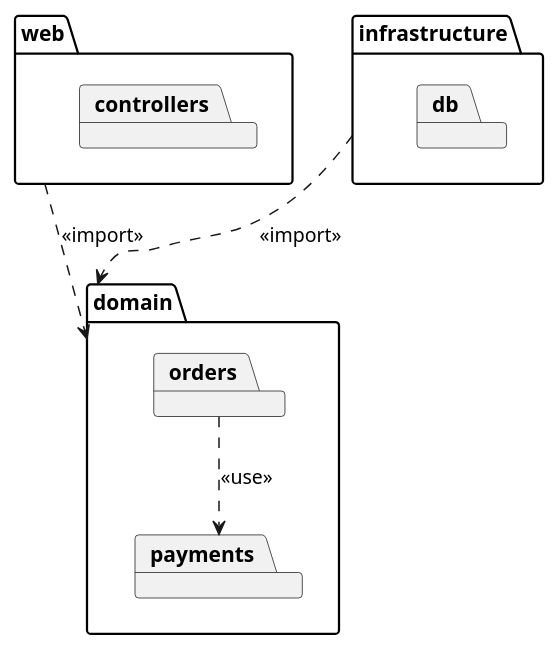
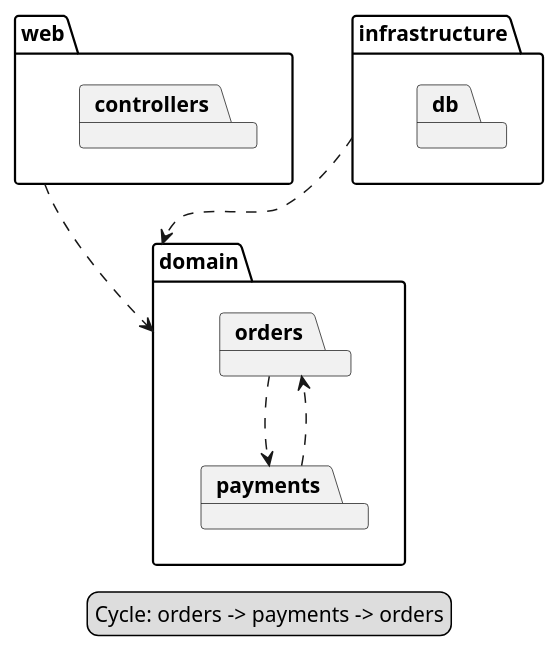
One commit to bosi-programming/skills changed the diagram in skills/uml/references/package.md. Above: the diagram before and after it, drawn with PlantUML. The commit also changed other lines of this file and 4 other files, not shown here.

First line of the commit message:
docs: set a budget and a check for uml diagrams

````diff
--- a/skills/uml/references/package.md
+++ b/skills/uml/references/package.md
@@ -8,17 +8,21 @@
 ```plantuml
 @startuml
 package "web" as Web {
   package "controllers"
 }
 package "domain" as Domain {
   package "orders"
   package "payments"
 }
 package "infrastructure" as Infra {
   package "db"
 }
-Web ..> Domain : <<import>>
-Infra ..> Domain : <<import>>
-orders ..> payments : <<use>>
+Web ..> Domain
+Infra ..> Domain
+orders ..> payments
+payments ..> orders
+legend bottom
+  Cycle: orders -> payments -> orders
+endlegend
 @enduml
 ```
````
